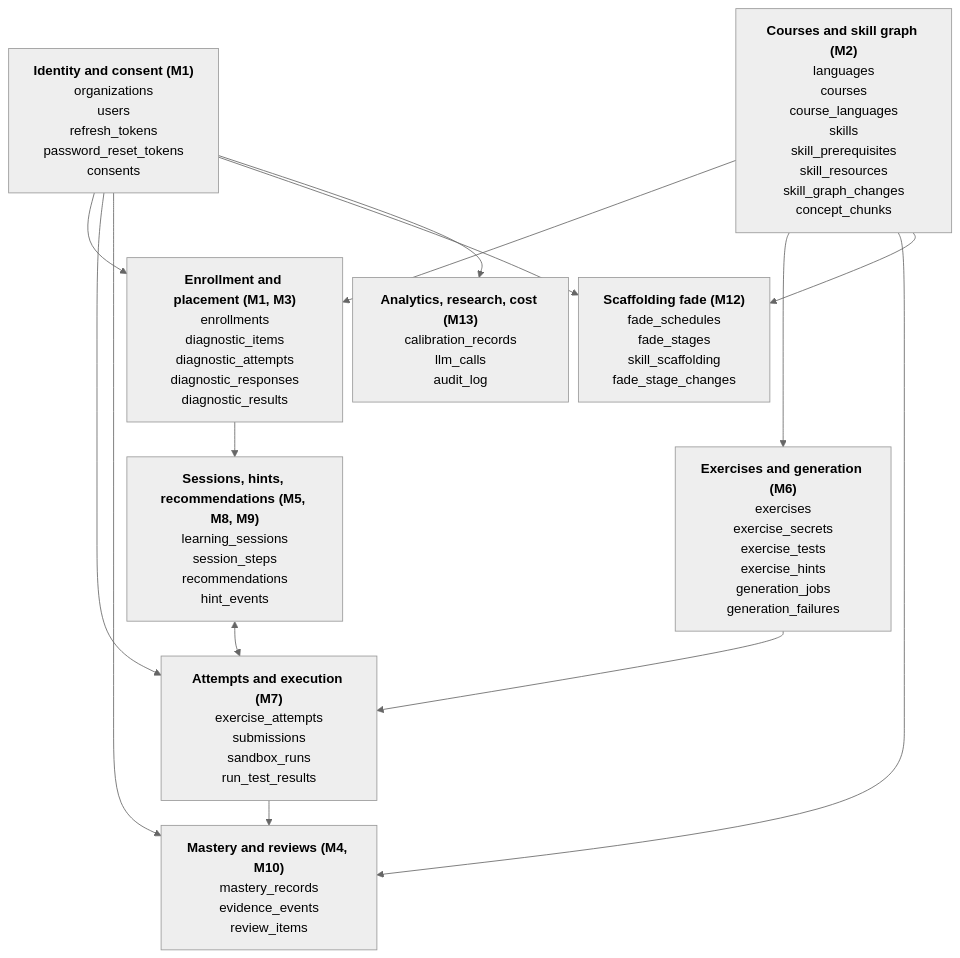
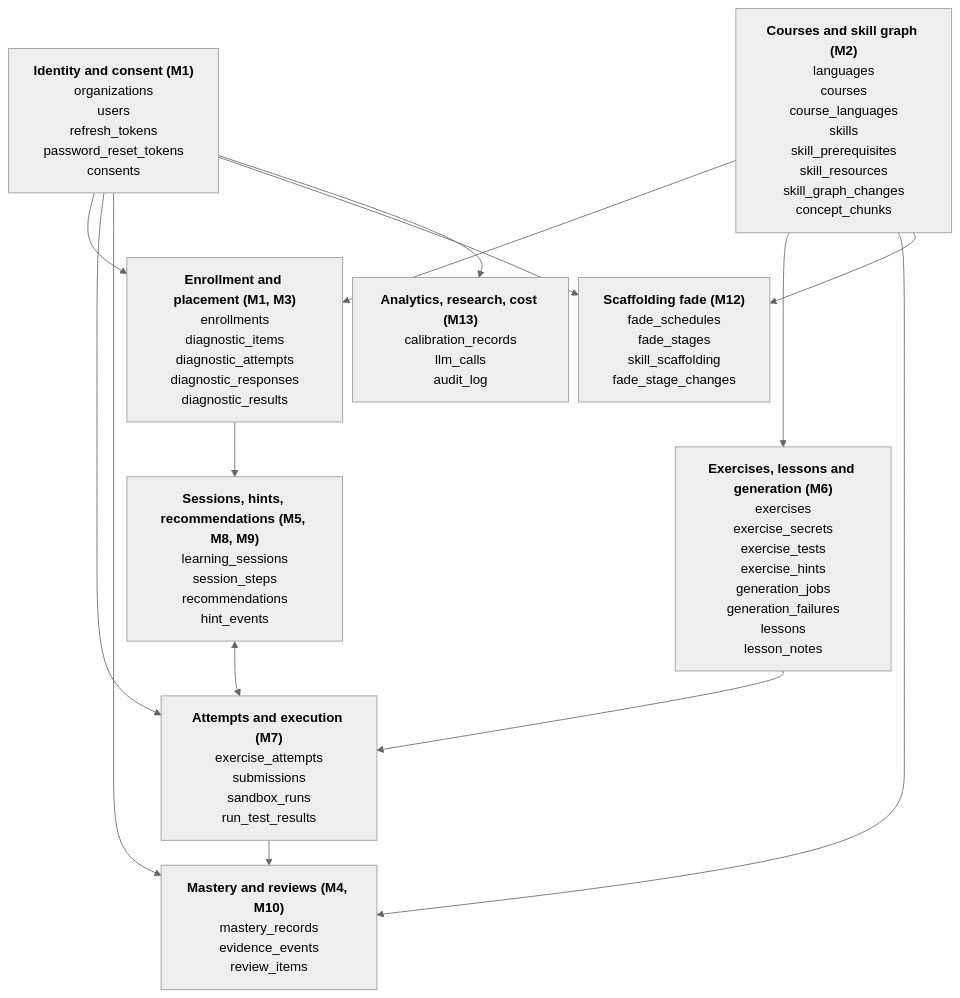
Before and after one commit to Nidanos/ai-tutor-platform: diagram 17 of 27 in DOCS/phase-3/MP3-Draft-Report.md, drawn with Mermaid (neutral theme). The commit also changed other lines of this file and 1 other file, not shown here.

Commit message:
docs: update the phase 3 report for lessons and the DSA course

````diff
--- a/DOCS/phase-3/MP3-Draft-Report.md
+++ b/DOCS/phase-3/MP3-Draft-Report.md
@@ -926,29 +1043,29 @@
 ```mermaid
 ---
 config:
   flowchart:
     nodeSpacing: 12
     rankSpacing: 30
 ---
 flowchart TB
   G1["<b>Identity and consent (M1)</b><br/>organizations<br/>users<br/>refresh_tokens<br/>password_reset_tokens<br/>consents"]
   G2["<b>Courses and skill graph (M2)</b><br/>languages<br/>courses<br/>course_languages<br/>skills<br/>skill_prerequisites<br/>skill_resources<br/>skill_graph_changes<br/>concept_chunks"]
   G3["<b>Enrollment and placement (M1, M3)</b><br/>enrollments<br/>diagnostic_items<br/>diagnostic_attempts<br/>diagnostic_responses<br/>diagnostic_results"]
   G4["<b>Mastery and reviews (M4, M10)</b><br/>mastery_records<br/>evidence_events<br/>review_items"]
-  G5["<b>Exercises and generation (M6)</b><br/>exercises<br/>exercise_secrets<br/>exercise_tests<br/>exercise_hints<br/>generation_jobs<br/>generation_failures"]
+  G5["<b>Exercises, lessons and generation (M6)</b><br/>exercises<br/>exercise_secrets<br/>exercise_tests<br/>exercise_hints<br/>generation_jobs<br/>generation_failures<br/>lessons<br/>lesson_notes"]
   G6["<b>Attempts and execution (M7)</b><br/>exercise_attempts<br/>submissions<br/>sandbox_runs<br/>run_test_results"]
   G7["<b>Sessions, hints, recommendations (M5, M8, M9)</b><br/>learning_sessions<br/>session_steps<br/>recommendations<br/>hint_events"]
   G8["<b>Scaffolding fade (M12)</b><br/>fade_schedules<br/>fade_stages<br/>skill_scaffolding<br/>fade_stage_changes"]
   G9["<b>Analytics, research, cost (M13)</b><br/>calibration_records<br/>llm_calls<br/>audit_log"]
   G1 --> G3
   G2 --> G3
   G2 --> G5
   G5 --> G6
   G1 --> G6
   G6 --> G4
   G1 & G2 --> G4
   G1 & G2 --> G8
   G3 --> G7
   G7 <--> G6
   G1 --> G9
 ```
````
